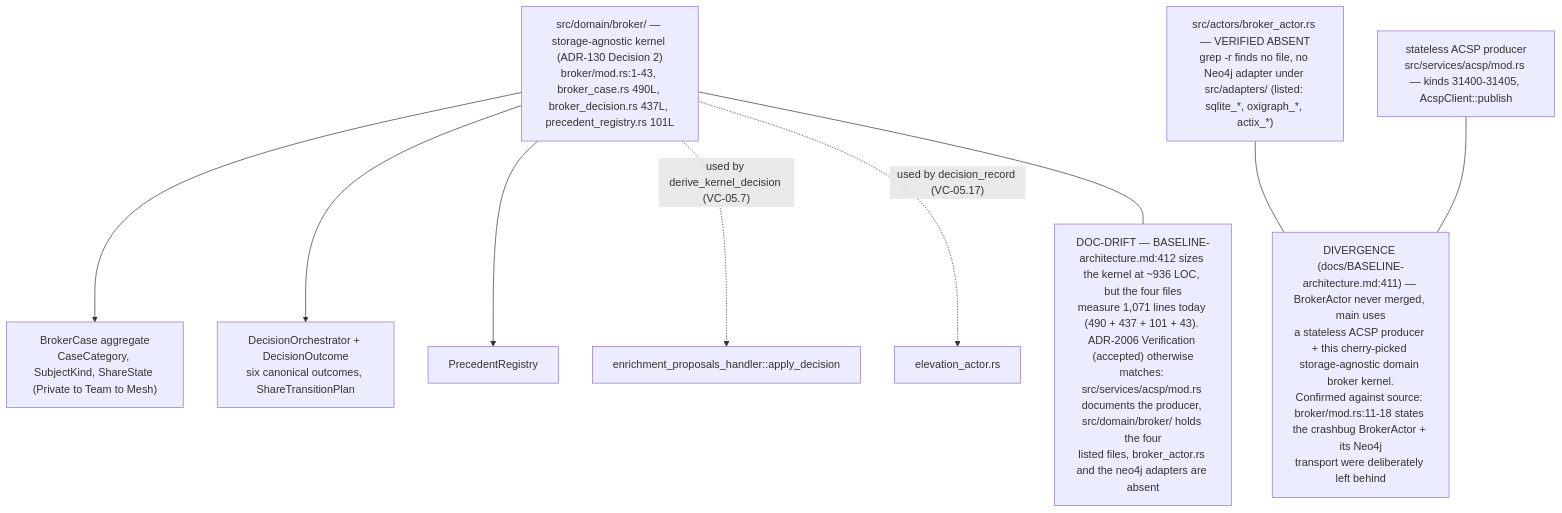
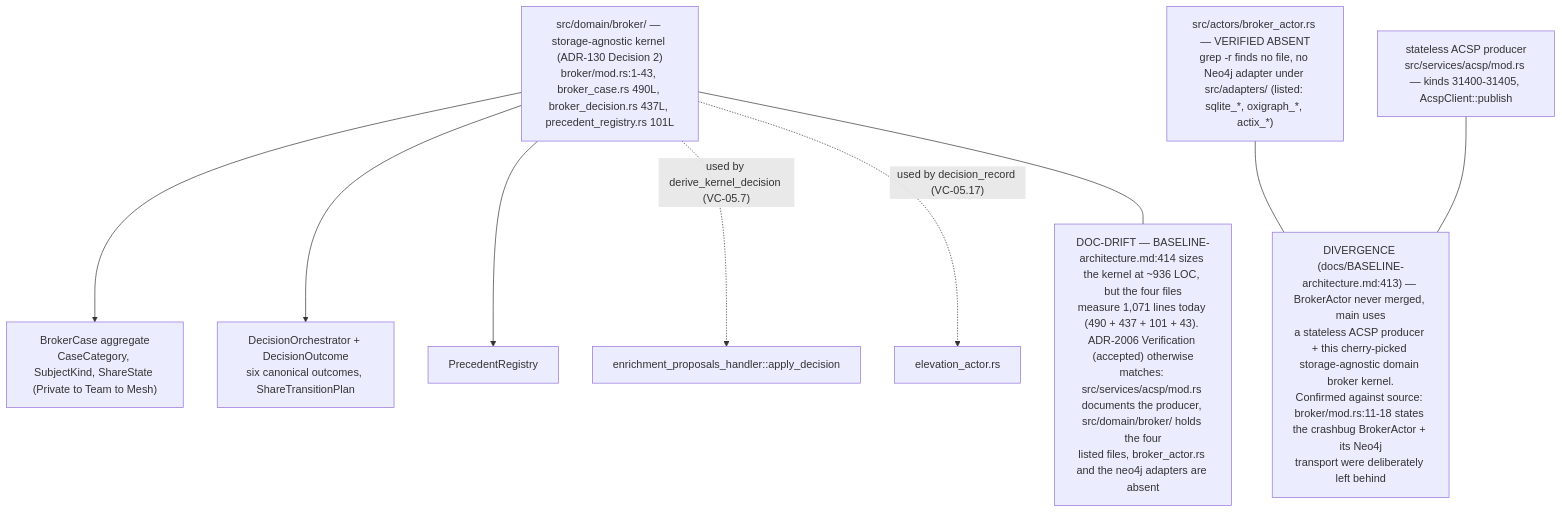
Before and after one commit to DreamLab-AI/VisionFlow: diagram 15 of 15 in docs/diagrams/visionclaw/05-handlers-governance-and-identity.md, drawn with Mermaid. The commit also changed other lines of this file and 49 other files, not shown here.

First line of the commit message:
docs(diagrams): re-derive and re-stamp VisionClaw, estate, knowledge-graph, visionGraph, VisionFlow and sidestr topics

````diff
--- a/docs/diagrams/visionclaw/05-handlers-governance-and-identity.md
+++ b/docs/diagrams/visionclaw/05-handlers-governance-and-identity.md
@@ -829,19 +830,19 @@
 ```mermaid
 flowchart TB
     KERNEL["src/domain/broker/ — storage-agnostic kernel (ADR-130 Decision 2)<br/>broker/mod.rs:1-43, broker_case.rs 490L, broker_decision.rs 437L, precedent_registry.rs 101L"]
     BC["BrokerCase aggregate<br/>CaseCategory, SubjectKind, ShareState (Private to Team to Mesh)"]
     BD["DecisionOrchestrator + DecisionOutcome<br/>six canonical outcomes, ShareTransitionPlan"]
     PR["PrecedentRegistry"]
     KERNEL --> BC
     KERNEL --> BD
     KERNEL --> PR
     ACSP["stateless ACSP producer<br/>src/services/acsp/mod.rs — kinds 31400-31405, AcspClient::publish"]
     ABSENT["src/actors/broker_actor.rs — VERIFIED ABSENT<br/>grep -r finds no file, no Neo4j adapter under src/adapters/ (listed: sqlite_*, oxigraph_*, actix_*)"]
     KERNEL -.->|"used by derive_kernel_decision (VC-05.7)"| CALLER["enrichment_proposals_handler::apply_decision"]
     KERNEL -.->|"used by decision_record (VC-05.17)"| CALLER2["elevation_actor.rs"]
-    N1["DIVERGENCE (docs/BASELINE-architecture.md:411) — BrokerActor never merged, main uses<br/>a stateless ACSP producer + this cherry-picked storage-agnostic domain broker kernel.<br/>Confirmed against source: broker/mod.rs:11-18 states the crashbug BrokerActor + its Neo4j<br/>transport were deliberately left behind"]
+    N1["DIVERGENCE (docs/BASELINE-architecture.md:413) — BrokerActor never merged, main uses<br/>a stateless ACSP producer + this cherry-picked storage-agnostic domain broker kernel.<br/>Confirmed against source: broker/mod.rs:11-18 states the crashbug BrokerActor + its Neo4j<br/>transport were deliberately left behind"]
     ABSENT --- N1
     ACSP --- N1
-    N2["DOC-DRIFT — BASELINE-architecture.md:412 sizes the kernel at ~936 LOC, but the four files<br/>measure 1,071 lines today (490 + 437 + 101 + 43). ADR-2006 Verification (accepted) otherwise<br/>matches: src/services/acsp/mod.rs documents the producer, src/domain/broker/ holds the four<br/>listed files, broker_actor.rs and the neo4j adapters are absent"]
+    N2["DOC-DRIFT — BASELINE-architecture.md:414 sizes the kernel at ~936 LOC, but the four files<br/>measure 1,071 lines today (490 + 437 + 101 + 43). ADR-2006 Verification (accepted) otherwise<br/>matches: src/services/acsp/mod.rs documents the producer, src/domain/broker/ holds the four<br/>listed files, broker_actor.rs and the neo4j adapters are absent"]
     KERNEL --- N2
 ```
````
